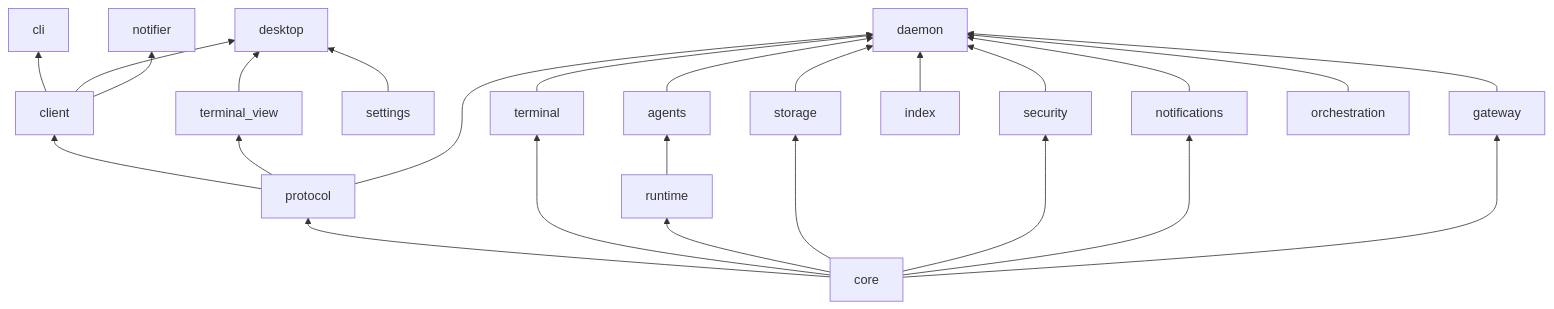
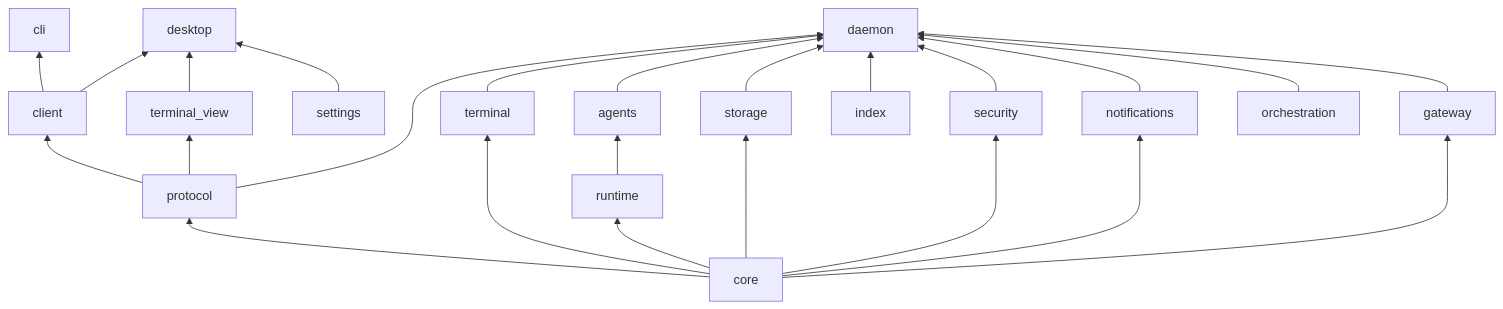
The second of 6 diagrams in docs/architecture.md (robertt3kuk/heeler), drawn with Mermaid before and after one commit. The commit also changed other lines of this file and 17 other files, not shown here.

````diff
--- a/docs/architecture.md
+++ b/docs/architecture.md
@@ -57,16 +55,15 @@
 ```mermaid
 flowchart BT
   core --> protocol
   protocol --> client
   client --> cli
   client --> desktop
-  client --> notifier
   protocol --> terminal_view --> desktop
   settings --> desktop
   core --> terminal & runtime & storage & security & notifications
   index --> daemon
   runtime --> agents
   core --> gateway
   terminal & agents & gateway & storage & security & notifications & orchestration --> daemon
   protocol --> daemon
 ```
````
